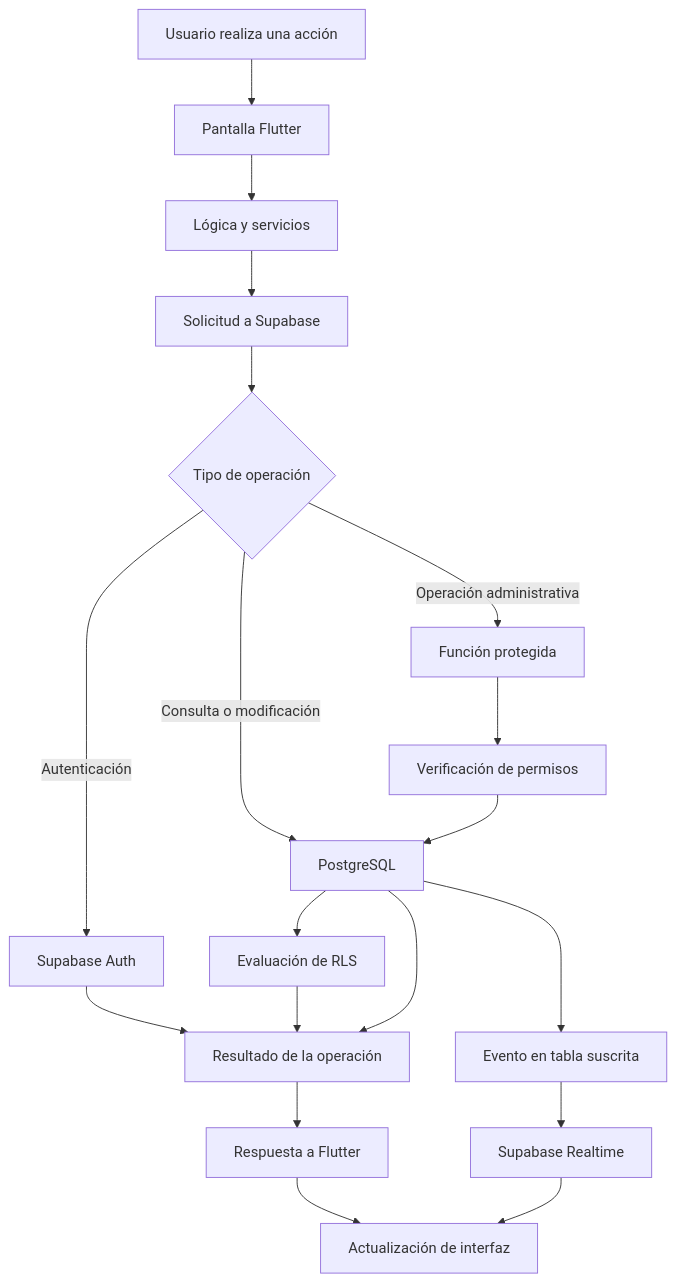
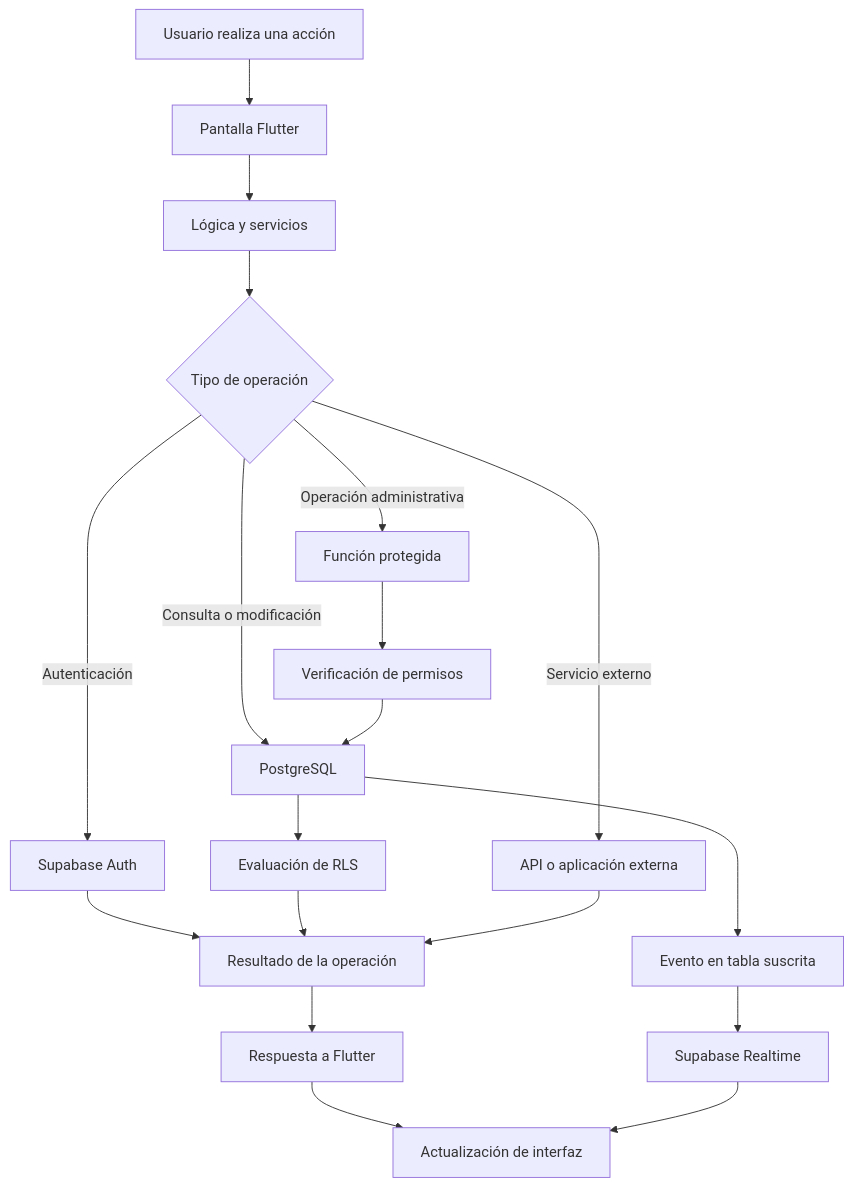
One commit to AM1-LosMosqueperris/Mosqueperris changed the second of 2 diagrams in doc/05_arquitectura_del_sistema.md. Above: the diagram before and after it, drawn with Mermaid. The commit also changed other lines of this file and 24 other files, not shown here.

Commit message:
Implementacion Api externa

````diff
--- a/doc/05_arquitectura_del_sistema.md
+++ b/doc/05_arquitectura_del_sistema.md
@@ -217,27 +274,26 @@
 ```mermaid
 flowchart TD
     A[Usuario realiza una acción] --> B[Pantalla Flutter]
     B --> C[Lógica y servicios]
-    C --> D[Solicitud a Supabase]
+    C --> D{Tipo de operación}
 
-    D --> E{Tipo de operación}
+    D -->|Autenticación| E[Supabase Auth]
+    D -->|Consulta o modificación| F[PostgreSQL]
+    D -->|Operación administrativa| G[Función protegida]
+    D -->|Servicio externo| H[API o aplicación externa]
 
-    E -->|Autenticación| F[Supabase Auth]
-    E -->|Consulta o modificación| G[PostgreSQL]
-    E -->|Operación administrativa| H[Función protegida]
+    F --> I[Evaluación de RLS]
+    G --> J[Verificación de permisos]
+    J --> F
 
-    G --> I[Evaluación de RLS]
-    H --> J[Verificación de permisos]
-    J --> G
-
-    I --> K[Resultado de la operación]
-    F --> K
-    G --> K
+    E --> K[Resultado de la operación]
+    I --> K
+    H --> K
 
     K --> L[Respuesta a Flutter]
     L --> M[Actualización de interfaz]
 
-    G --> N[Evento en tabla suscrita]
+    F --> N[Evento en tabla suscrita]
     N --> O[Supabase Realtime]
     O --> M
 ```
````
